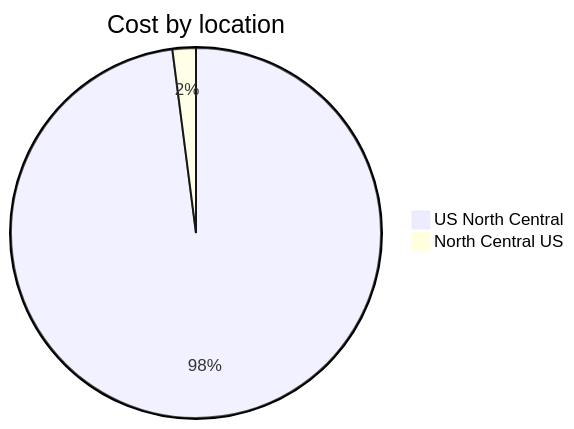
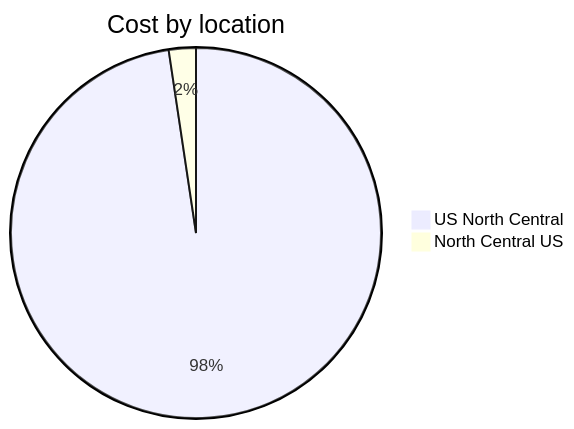
Before and after one commit to jpfulton/azure-personal-reports: the third of 4 diagrams in cost-reports/personal-network/backup-server-data-disk.md, drawn with Mermaid. The commit also changed other lines of this file and 8 other files, not shown here.

````diff
--- a/cost-reports/personal-network/backup-server-data-disk.md
+++ b/cost-reports/personal-network/backup-server-data-disk.md
@@ -106,6 +106,6 @@
 ```mermaid
 pie
    title Cost by location
-   "US North Central" : 0.48
-   "North Central US" : 0.01
+   "US North Central" : 1.24
+   "North Central US" : 0.03
 ```
````
